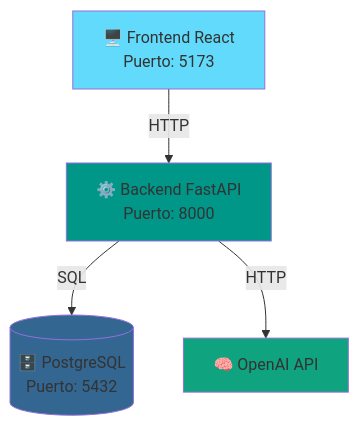
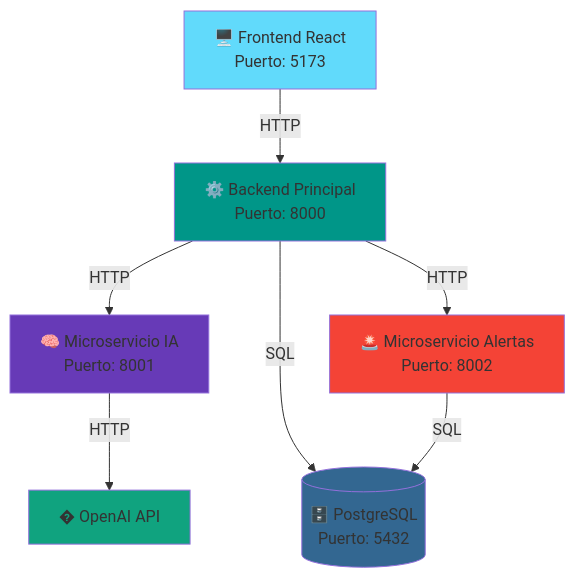
Before and after one commit to Revolutionnnn/gestor-ia: the first of 3 diagrams in DIAGRAMS.md, drawn with Mermaid. The commit also changed other lines of this file and 3 other files, not shown here.

Commit message:
Update architecture documentation to include Microservicio Alertas; refine service descriptions and flow diagrams

````diff
--- a/DIAGRAMS.md
+++ b/DIAGRAMS.md
@@ -5,16 +5,23 @@
 ```mermaid
 graph TB
     UI["🖥️ Frontend React<br/>Puerto: 5173"]
-    BFF["⚙️ Backend FastAPI<br/>Puerto: 8000"]
+    BFF["⚙️ Backend Principal<br/>Puerto: 8000"]
+    IA["🧠 Microservicio IA<br/>Puerto: 8001"]
+    ALERTS["🚨 Microservicio Alertas<br/>Puerto: 8002"]
     DB[("🗄️ PostgreSQL<br/>Puerto: 5432")]
-    LLM["🧠 OpenAI API"]
+    LLM["� OpenAI API"]
 
     UI -->|HTTP| BFF
+    BFF -->|HTTP| IA
+    BFF -->|HTTP| ALERTS
     BFF -->|SQL| DB
-    BFF -->|HTTP| LLM
+    ALERTS -->|SQL| DB
+    IA -->|HTTP| LLM
 
     style UI fill:#61dafb
     style BFF fill:#009688
+    style IA fill:#673ab7
+    style ALERTS fill:#f44336
     style DB fill:#336791
     style LLM fill:#10a37f
 ```
````
